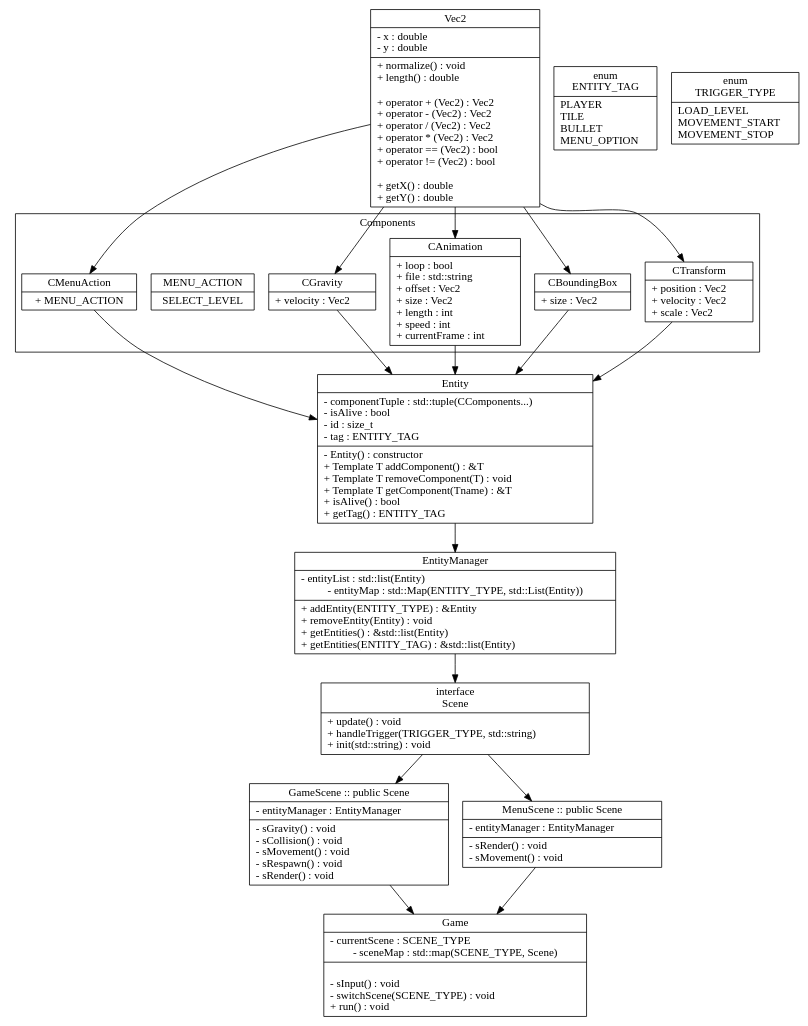
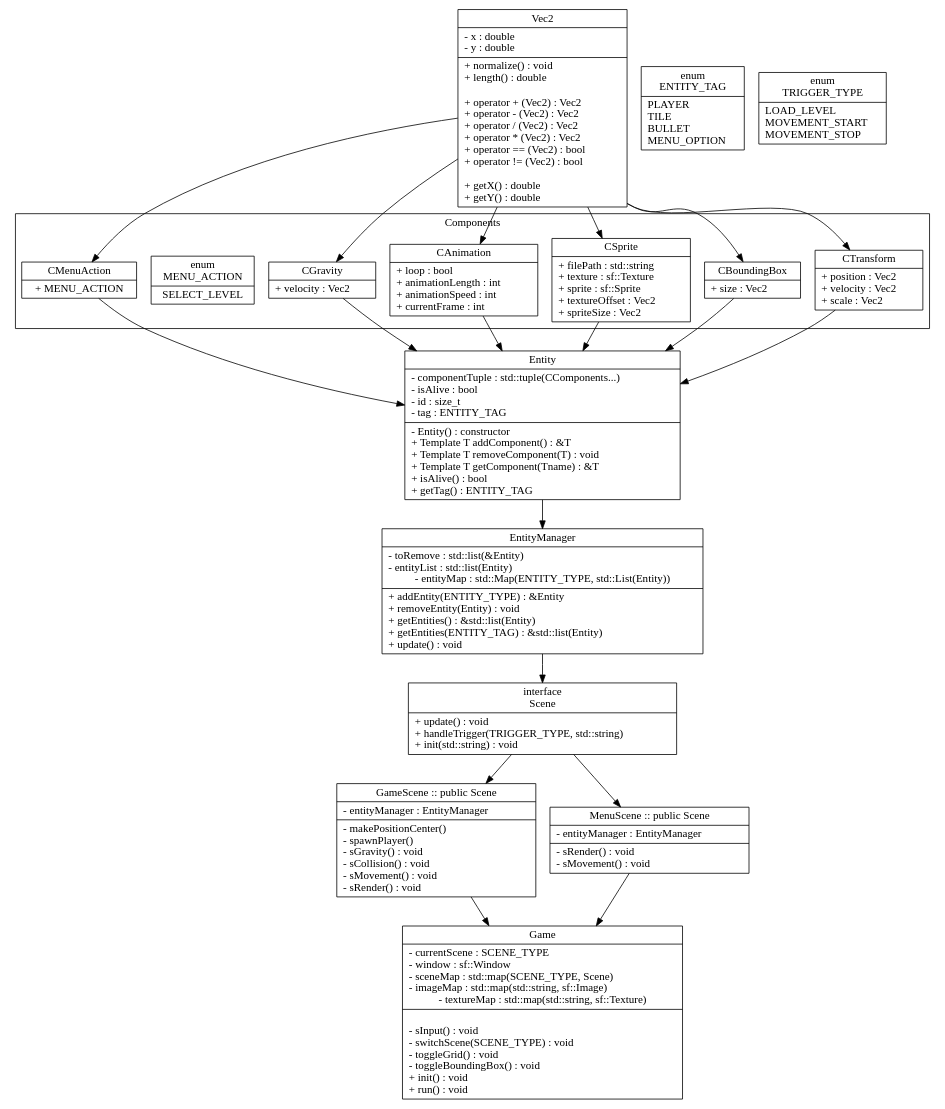
One commit to PumpkinBrain/platformer-game changed the diagram in docs/graphs/classes.dot. Above: the diagram before and after it, drawn with Graphviz. The commit also changed 1 other file, not shown here.

Commit message:
almost finished with architecture diagram

```diff
--- a/docs/graphs/classes.dot
+++ b/docs/graphs/classes.dot
@@ -45,19 +45,30 @@
 			}"
 		];
 
+		CSprite
+		[
+			label=
+			"{
+				CSprite|
+				+ filePath : std::string\l
+				+ texture : sf::Texture\l
+				+ sprite : sf::Sprite\l
+				+ textureOffset : Vec2\l
+				+ spriteSize : Vec2\l
+			}"
+		]
+
 		CAnimation
 		[
 			label=
 			"{
 				CAnimation|
 				+ loop : bool\l
-				+ file : std::string\l
-				+ offset : Vec2\l
-				+ size : Vec2\l
-				+ length : int\l
-				+ speed : int\l
+				+ animationLength : int\l
+				+ animationSpeed : int\l
 				+ currentFrame : int\l
-			}" ];
+			}" 
+		];
 
 		CGravity
 		[
@@ -72,6 +83,7 @@
 		[
 			label=
 			"{
+				enum\n
 				MENU_ACTION|
 				SELECT_LEVEL
 			}"
@@ -124,12 +136,14 @@
 		label=
 		"{
 			EntityManager|
+			- toRemove : std::list(&Entity)\l
 			- entityList : std::list(Entity)\l
 			- entityMap : std::Map(ENTITY_TYPE, std::List(Entity))|
 			+ addEntity(ENTITY_TYPE) : &Entity\l
 			+ removeEntity(Entity) : void\l
 			+ getEntities() : &std::list(Entity)\l
 			+ getEntities(ENTITY_TAG) : &std::list(Entity)\l
+			+ update() : void\l
 		}"
 	];
 
@@ -163,10 +177,11 @@
 		"{
 			GameScene :: public Scene|
 			- entityManager : EntityManager\l|
+			- makePositionCenter()\l
+			- spawnPlayer()\l
 			- sGravity() : void\l
 			- sCollision() : void\l
 			- sMovement() : void \l
-			- sRespawn() : void\l
 			- sRender() : void\l
 		}"
 	];
@@ -188,15 +203,21 @@
 		"{
 			Game|
 			- currentScene : SCENE_TYPE\l
-			- sceneMap : std::map(SCENE_TYPE, Scene)|\l
+			- window : sf::Window\l
+			- sceneMap : std::map(SCENE_TYPE, Scene)\l
+			- imageMap : std::map(std::string, sf::Image)\l
+			- textureMap : std::map(std::string, sf::Texture)|\l
 			- sInput() : void\l
 			- switchScene(SCENE_TYPE) : void\l 
+			- toggleGrid() : void\l
+			- toggleBoundingBox() : void\l
+			+ init() : void\l
 			+ run() : void\l
 		}"
 	];
 
-	Vec2 -> {CAnimation, CBoundingBox, CGravity, CTransform, CMenuAction};
-	{CAnimation, CBoundingBox, CGravity, CTransform, CMenuAction} -> Entity;
+	Vec2 -> {CSprite, CAnimation, CBoundingBox, CGravity, CTransform, CMenuAction};
+	{CSprite, CAnimation, CBoundingBox, CGravity, CTransform, CMenuAction} -> Entity;
 	Entity -> EntityManager;
 	EntityManager -> SceneInterface -> {GameScene, MenuScene};
 	{GameScene, MenuScene} -> Game;
```
